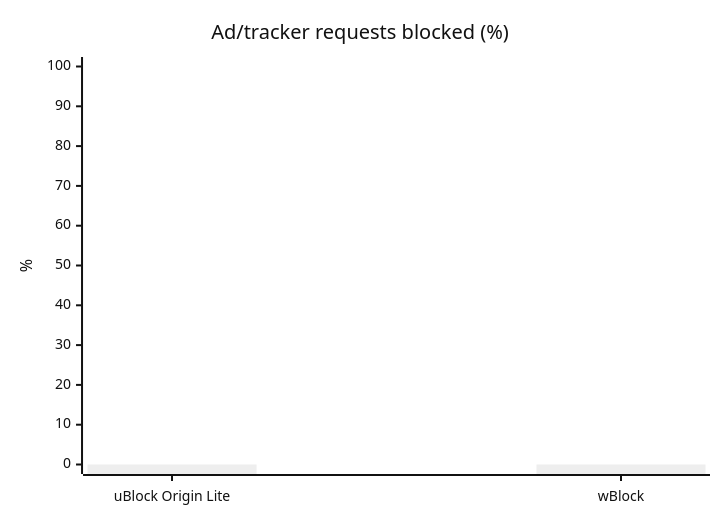
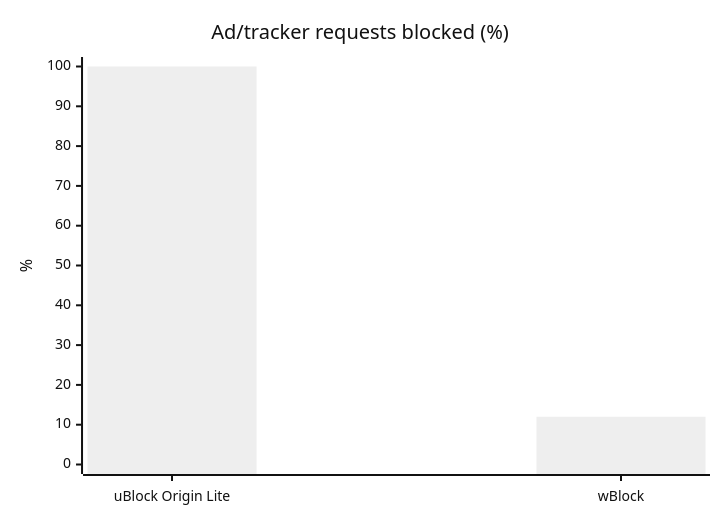
Before and after one commit to btecu/safari-ad: the first of 2 diagrams in README.md, drawn with Mermaid (neutral theme). The commit also changed other lines of this file and 46 other files, not shown here.

````diff
--- a/README.md
+++ b/README.md
@@ -53,7 +57,7 @@
 ```mermaid
 xychart-beta
   title "Ad/tracker requests blocked (%)"
   x-axis ["uBlock Origin Lite", "wBlock"]
   y-axis "%" 0 --> 100
-  bar [0, 0]
+  bar [100, 12]
 ```
````
